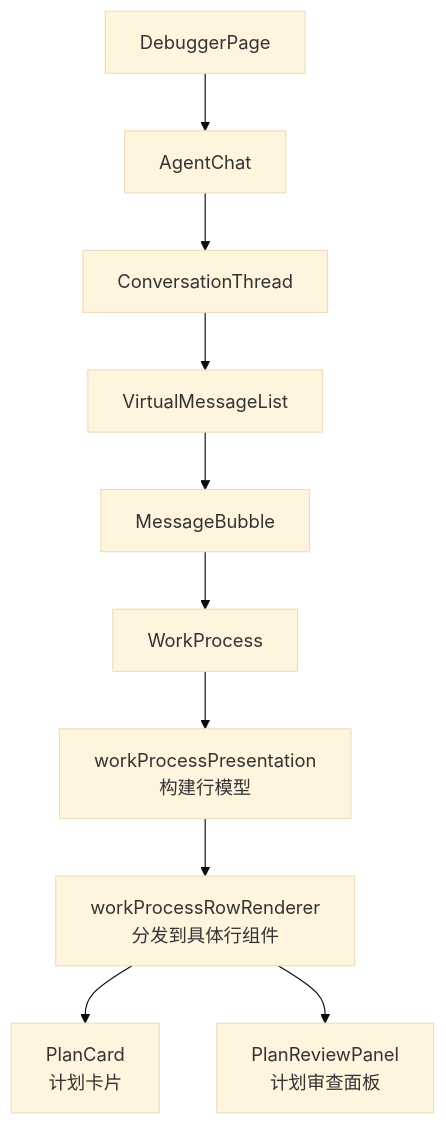
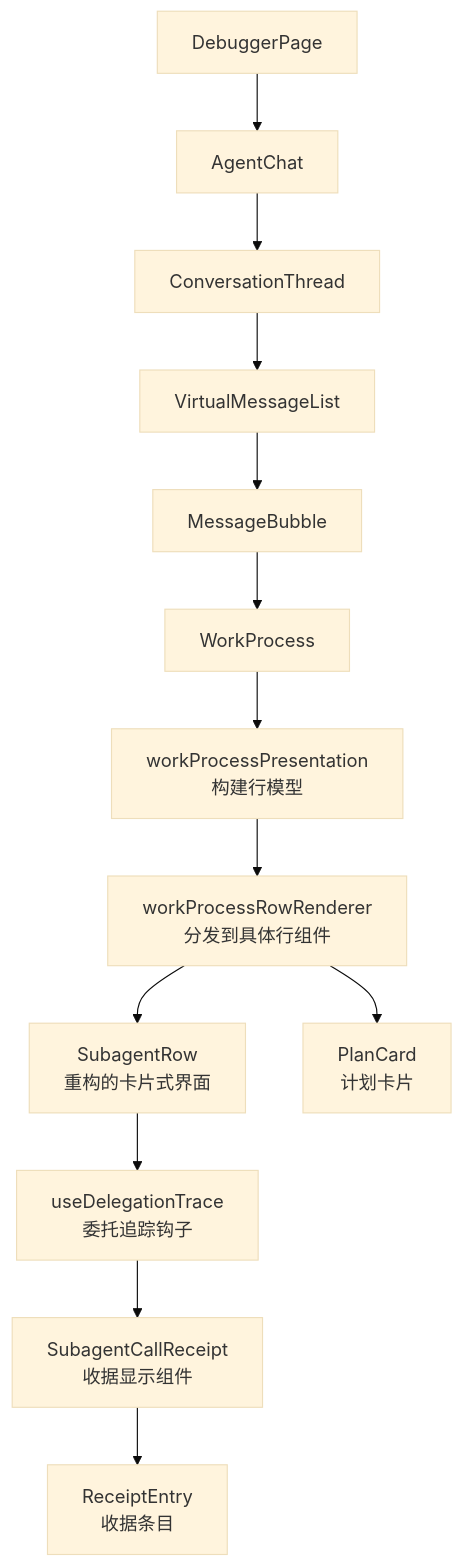
Before and after one commit to haolange/RDC-Agent: the first of 8 diagrams in .qoder/repowiki/zh/content/用户界面/调试视图.md, drawn with Mermaid (base theme). The commit also changed other lines of this file and 25 other files, not shown here.

````diff
--- a/.qoder/repowiki/zh/content/用户界面/调试视图.md
+++ b/.qoder/repowiki/zh/content/用户界面/调试视图.md
@@ -55,12 +61,15 @@
 ```mermaid
 graph TB
 A["DebuggerPage"] --> B["AgentChat"]
 B --> C["ConversationThread"]
 C --> D["VirtualMessageList"]
 D --> E["MessageBubble"]
 E --> F["WorkProcess"]
 F --> G["workProcessPresentation<br/>构建行模型"]
 G --> H["workProcessRowRenderer<br/>分发到具体行组件"]
-H --> I["PlanCard<br/>计划卡片"]
-H --> J["PlanReviewPanel<br/>计划审查面板"]
+H --> I["SubagentRow<br/>重构的卡片式界面"]
+H --> J["PlanCard<br/>计划卡片"]
+I --> K["useDelegationTrace<br/>委托追踪钩子"]
+K --> L["SubagentCallReceipt<br/>收据显示组件"]
+L --> M["ReceiptEntry<br/>收据条目"]
 ```
````
